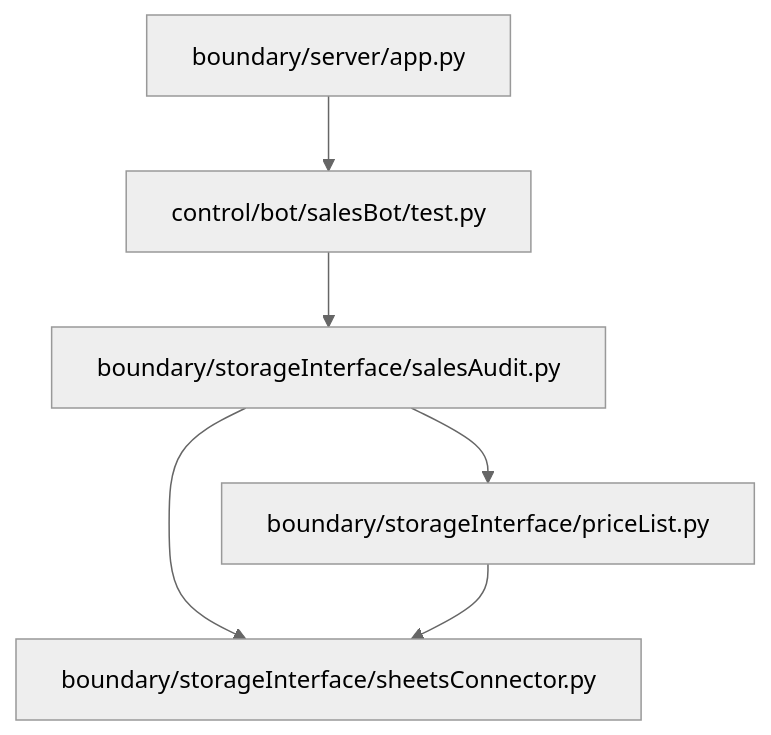
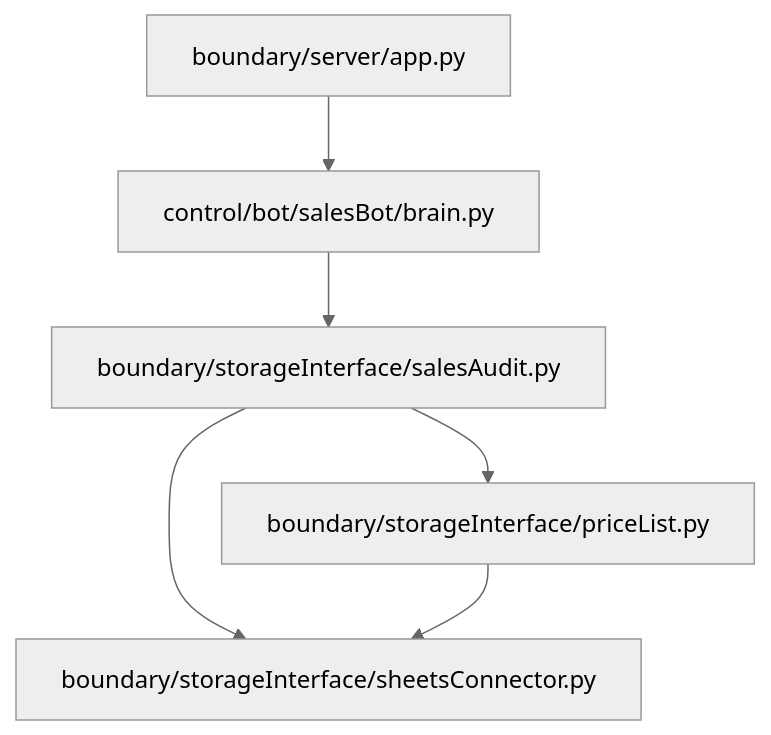
Before and after one commit to KodesiaYash/hotelStaffManager: the second of 2 diagrams in README.md, drawn with Mermaid (neutral theme). The commit also changed other lines of this file and 4 other files, not shown here.

Commit message:
Renme test.py to brain.py and update README

````diff
--- a/README.md
+++ b/README.md
@@ -98,8 +120,8 @@
 ```mermaid
 graph TD
-  App["boundary/server/app.py"] --> Test["control/bot/salesBot/test.py"]
+  App["boundary/server/app.py"] --> Test["control/bot/salesBot/brain.py"]
   Test --> Audit["boundary/storageInterface/salesAudit.py"]
   Audit --> Price["boundary/storageInterface/priceList.py"]
   Audit --> Sheets["boundary/storageInterface/sheetsConnector.py"]
   Price --> Sheets
 ```
````
